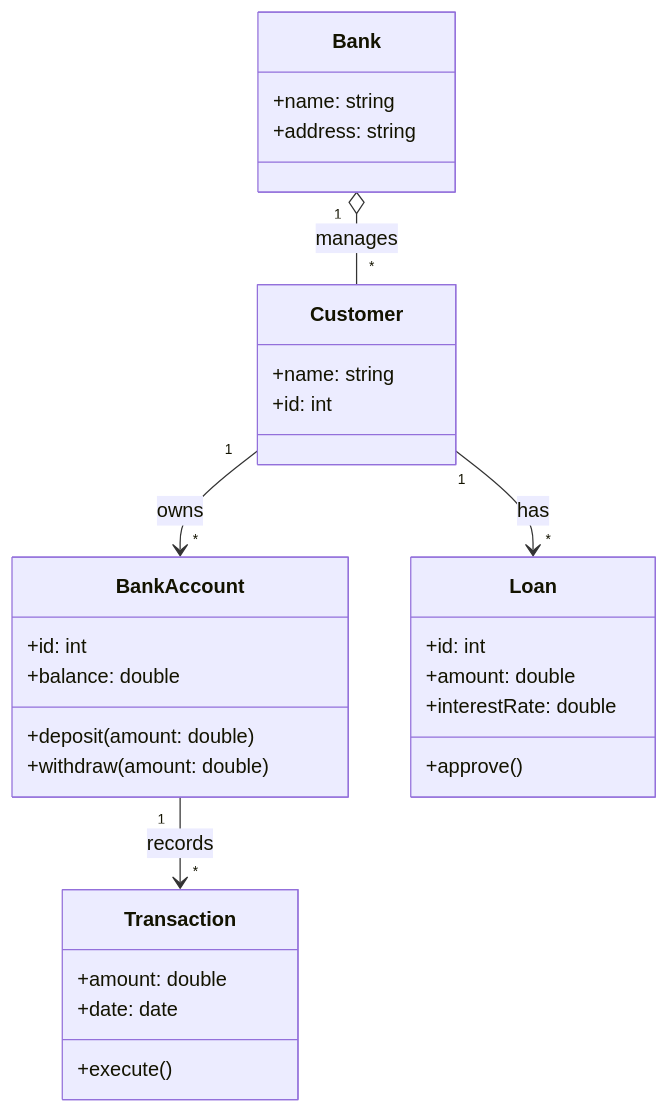
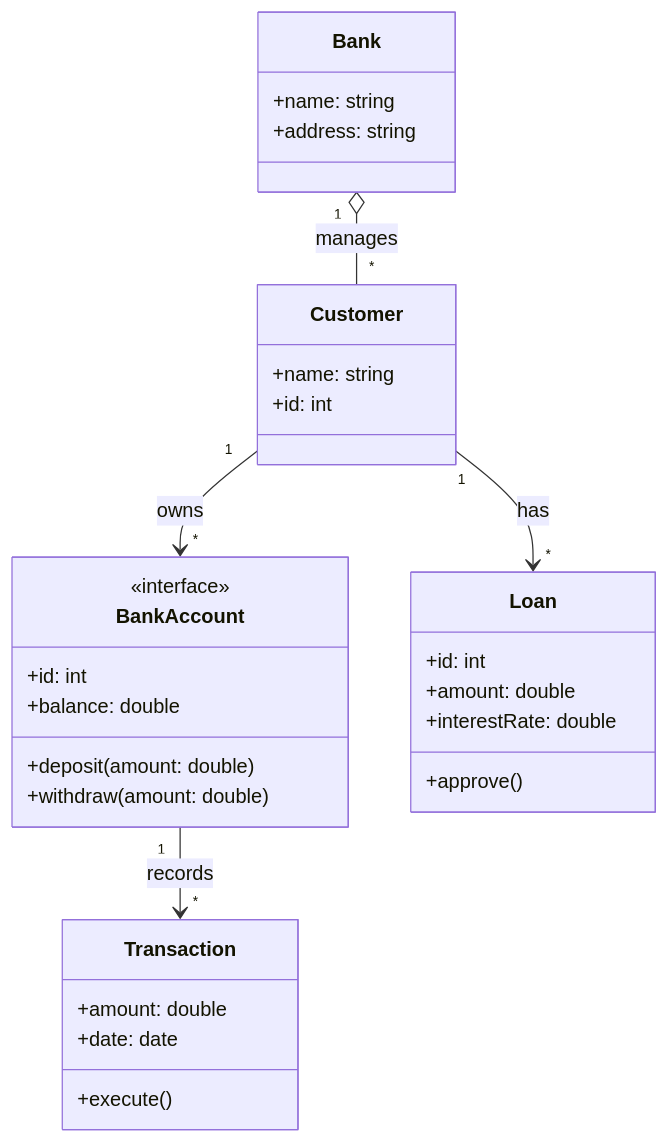
The diagram in mock/mermaid/class.mmd (iamgio/quarkdown), drawn with Mermaid before and after one commit. The commit also changed 4 other files, not shown here.

Commit message:
Escape HTML in Mermaid code

```diff
--- a/mock/mermaid/class.mmd
+++ b/mock/mermaid/class.mmd
@@ -1,35 +1,36 @@
 classDiagram
     class Bank {
         +name: string
         +address: string
     }
 
     class Customer {
         +name: string
         +id: int
     }
 
     class BankAccount {
+        <<interface>>
         +id: int
         +balance: double
         +deposit(amount: double)
         +withdraw(amount: double)
     }
 
     class Transaction {
         +amount: double
         +date: date
         +execute()
     }
 
     class Loan {
         +id: int
         +amount: double
         +interestRate: double
         +approve()
     }
 
 Bank "1" o-- "*" Customer : manages
 Customer "1" --> "*" BankAccount : owns
 Customer "1" --> "*" Loan : has
 BankAccount "1" --> "*" Transaction : records
```
